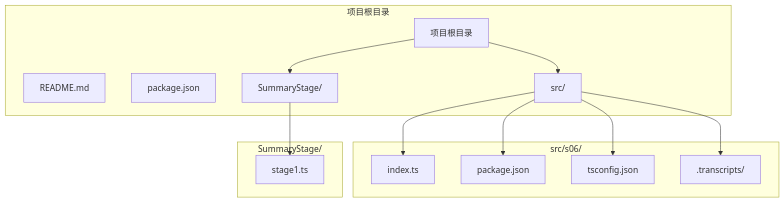
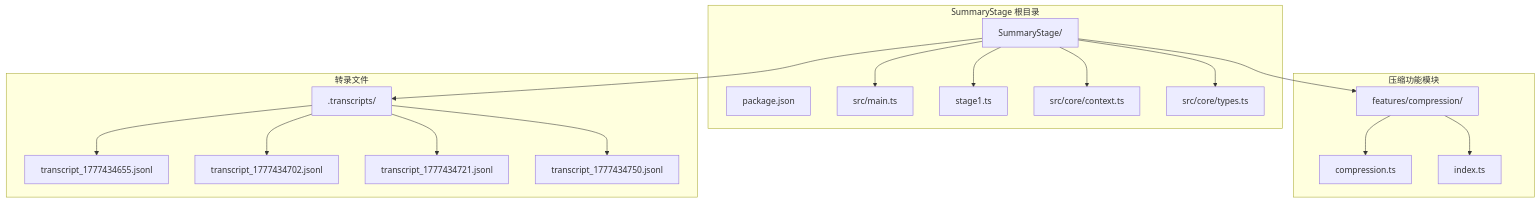
Before and after one commit to eurekaYYzero/Mini-Claude-Code: the first of 7 diagrams in .qoder/repowiki/zh/content/核心功能详解/内存压缩机制.md, drawn with Mermaid. The commit also changed other lines of this file and 27 other files, not shown here.

````diff
--- a/.qoder/repowiki/zh/content/核心功能详解/内存压缩机制.md
+++ b/.qoder/repowiki/zh/content/核心功能详解/内存压缩机制.md
@@ -37,26 +47,35 @@
 ```mermaid
 graph TB
-subgraph "项目根目录"
-Root[项目根目录]
-README[README.md]
+subgraph "SummaryStage 根目录"
+Root[SummaryStage/]
 Package[package.json]
-Summary[SummaryStage/]
-Src[src/]
+Main[src/main.ts]
+Stage1[stage1.ts]
+Context[src/core/context.ts]
+Types[src/core/types.ts]
 end
-subgraph "src/s06/"
-S06_Index[index.ts]
-S06_Package[package.json]
-S06_TsConfig[tsconfig.json]
-S06_Transcripts[.transcripts/]
+subgraph "压缩功能模块"
+Compression[features/compression/]
+CompressionTS[compression.ts]
+CompressionIndex[index.ts]
 end
-subgraph "SummaryStage/"
-Stage1[stage1.ts]
+subgraph "转录文件"
+Transcripts[.transcripts/]
+Transcript1[transcript_1777434655.jsonl]
+Transcript2[transcript_1777434702.jsonl]
+Transcript3[transcript_1777434721.jsonl]
+Transcript4[transcript_1777434750.jsonl]
 end
-Root --> Src
-Root --> Summary
-Src --> S06_Index
-Src --> S06_Package
-Src --> S06_TsConfig
-Src --> S06_Transcripts
-Summary --> Stage1
+Root --> Main
+Root --> Stage1
+Root --> Context
+Root --> Types
+Root --> Compression
+Root --> Transcripts
+Compression --> CompressionTS
+Compression --> CompressionIndex
+Transcripts --> Transcript1
+Transcripts --> Transcript2
+Transcripts --> Transcript3
+Transcripts --> Transcript4
 ```
````
